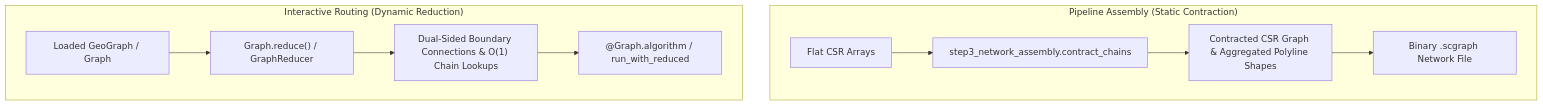
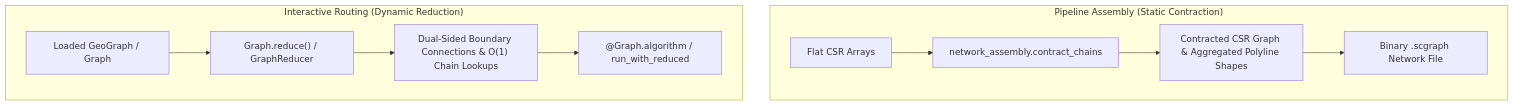
The third of 4 diagrams in ARCHITECTURE.md (connor-makowski/scgraph), drawn with Mermaid before and after one commit. The commit also changed other lines of this file and 20 other files, not shown here.

````diff
--- a/ARCHITECTURE.md
+++ b/ARCHITECTURE.md
@@ -294,13 +294,13 @@
 ```mermaid
 flowchart TD
     subgraph BuildTime["Pipeline Assembly (Static Contraction)"]
-        A["Flat CSR Arrays"] --> B["step3_network_assembly.contract_chains"]
+        A["Flat CSR Arrays"] --> B["network_assembly.contract_chains"]
         B --> C["Contracted CSR Graph & Aggregated Polyline Shapes"]
         C --> D["Binary .scgraph Network File"]
     end
     subgraph QueryTime["Interactive Routing (Dynamic Reduction)"]
         E["Loaded GeoGraph / Graph"] --> F["Graph.reduce() / GraphReducer"]
         F --> G["Dual-Sided Boundary Connections & O(1) Chain Lookups"]
         G --> H["@Graph.algorithm / run_with_reduced"]
     end
 ```
````
